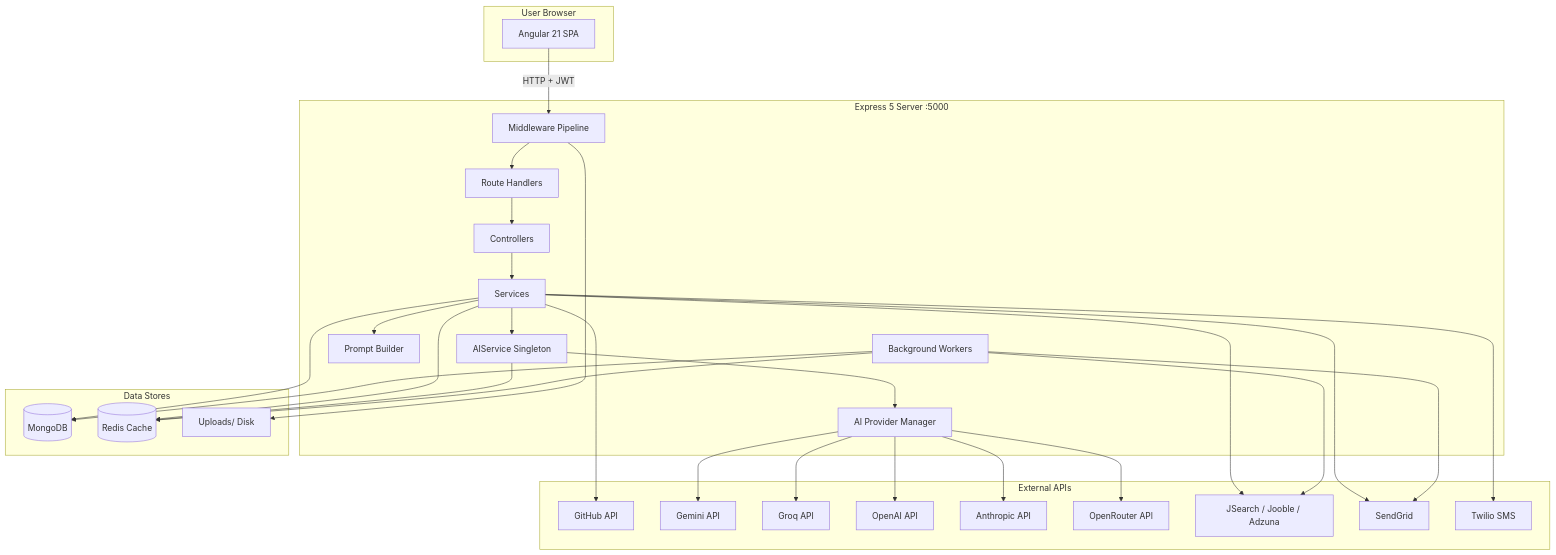
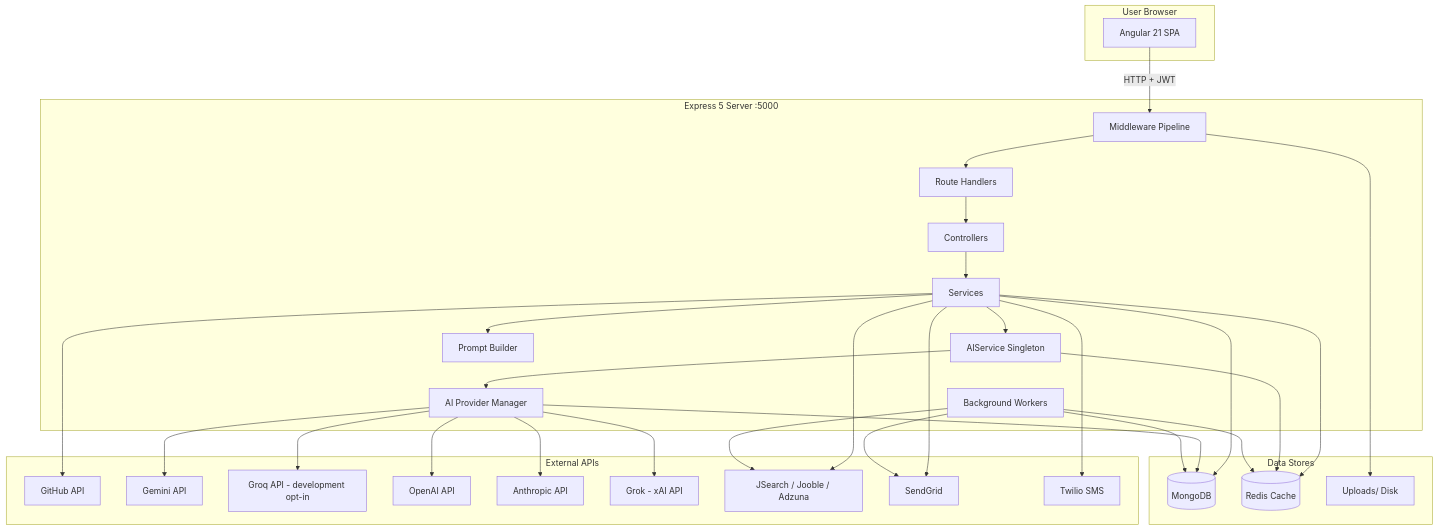
The first of 2 diagrams in docs/ARCHITECTURE.md (AhmadDhariwal/Developer-Portfolio-Analyzer), drawn with Mermaid before and after one commit. The commit also changed other lines of this file and 37 other files, not shown here.

````diff
--- a/docs/ARCHITECTURE.md
+++ b/docs/ARCHITECTURE.md
@@ -5,60 +5,61 @@
 ```mermaid
 graph TB
     subgraph Browser["User Browser"]
         NG[Angular 21 SPA]
     end
 
     subgraph Express["Express 5 Server :5000"]
         MID[Middleware Pipeline]
         RTR[Route Handlers]
         CTL[Controllers]
         SVC[Services]
         AI[AIService Singleton]
         AIPM[AI Provider Manager]
         PB[Prompt Builder]
         WKR[Background Workers]
     end
 
     subgraph Storage["Data Stores"]
         MONGO[(MongoDB)]
         REDIS[(Redis Cache)]
         DISK[Uploads/ Disk]
     end
 
     subgraph External["External APIs"]
         GH[GitHub API]
         GEM[Gemini API]
-        GROQ[Groq API]
+        GROQ[Groq API - development opt-in]
         OAI[OpenAI API]
         ANT[Anthropic API]
-        OR[OpenRouter API]
+        XAI[Grok - xAI API]
         JOB[JSearch / Jooble / Adzuna]
         SG[SendGrid]
         TW[Twilio SMS]
     end
 
     NG -->|HTTP + JWT| MID
     MID --> RTR
     RTR --> CTL
     CTL --> SVC
     SVC --> AI
     SVC --> PB
     AI --> AIPM
     SVC --> MONGO
     SVC --> REDIS
     SVC --> GH
     SVC --> JOB
     SVC --> SG
     SVC --> TW
     AIPM --> GROQ
     AIPM --> OAI
     AIPM --> GEM
     AIPM --> ANT
-    AIPM --> OR
+    AIPM --> XAI
+    AIPM --> MONGO
     AI --> REDIS
     MID --> DISK
     WKR --> MONGO
     WKR --> REDIS
     WKR --> SG
     WKR --> JOB
 ```
````
